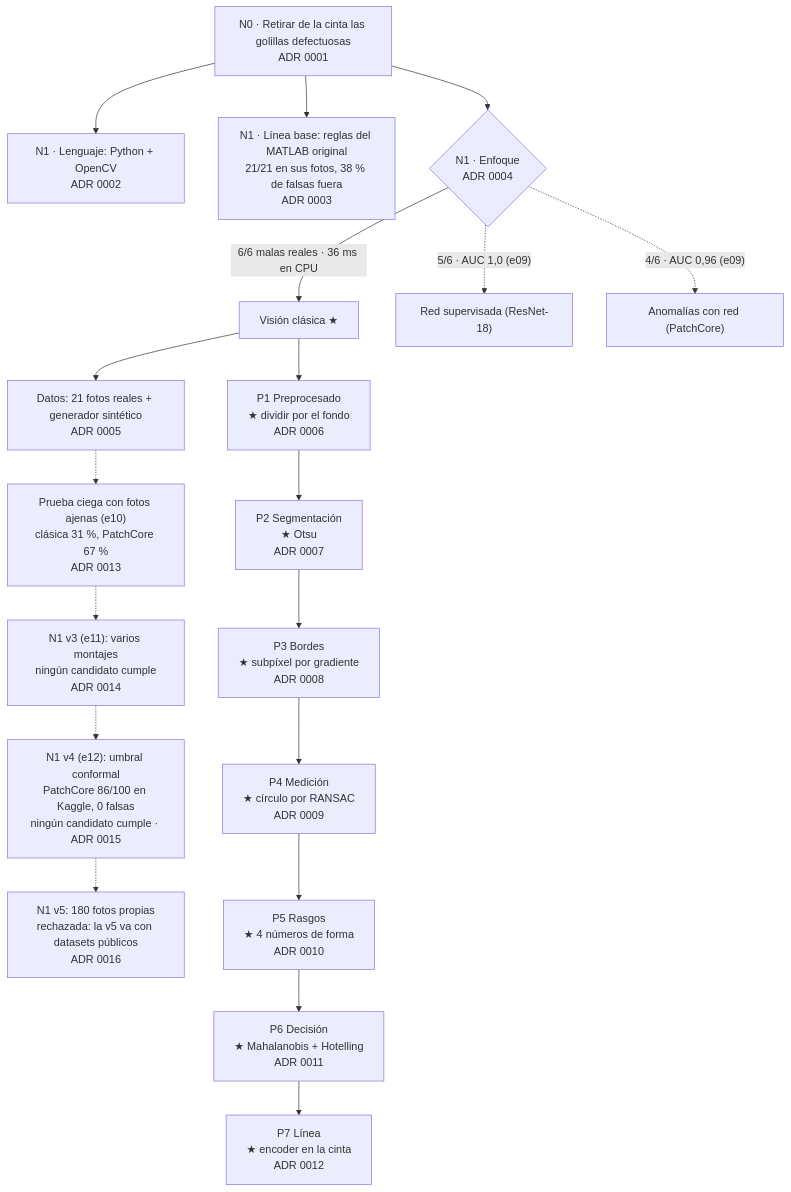
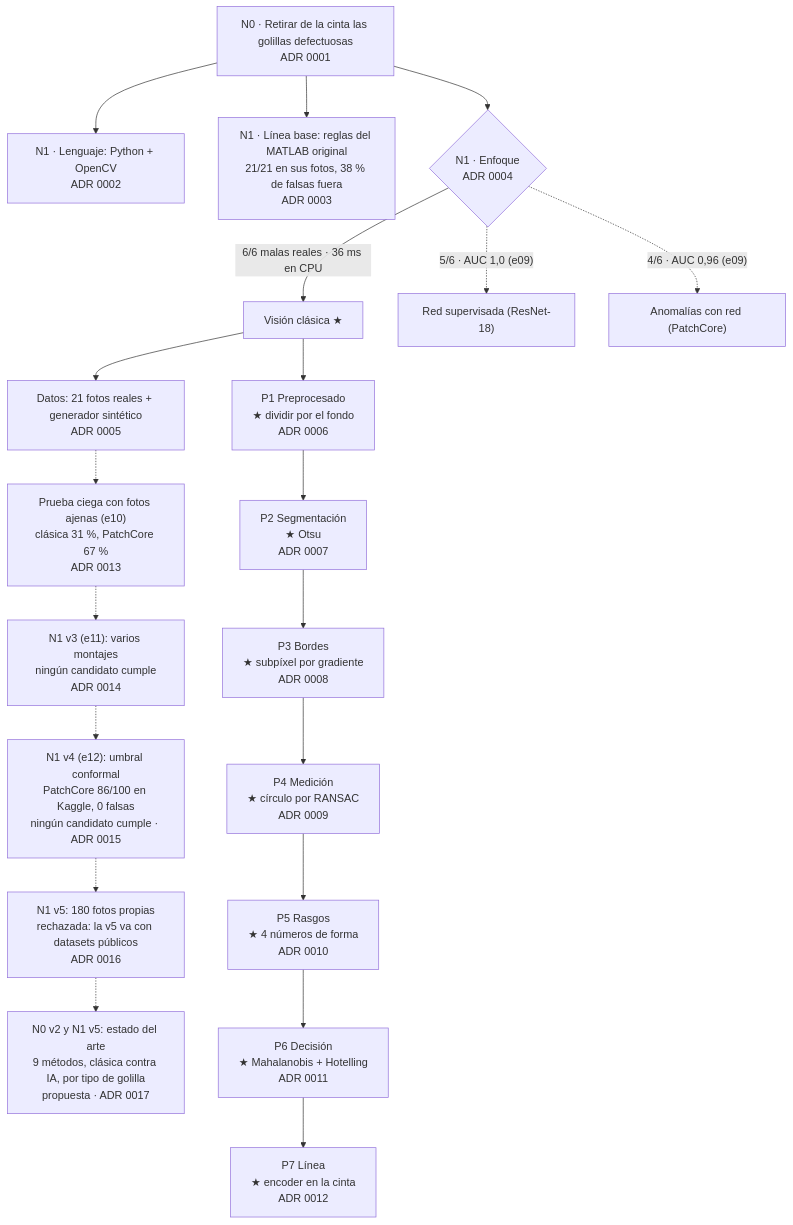
The diagram in docs/arbol.md (CarryMankeke/inspeccion-golillas), drawn with Mermaid before and after one commit. The commit also changed 6 other files, not shown here.

````diff
--- a/docs/arbol.md
+++ b/docs/arbol.md
@@ -12,22 +12,23 @@
 ```mermaid
 flowchart TD
     N0["N0 · Retirar de la cinta las golillas defectuosas<br/>ADR 0001"]
     N0 --> L["N1 · Lenguaje: Python + OpenCV<br/>ADR 0002"]
     N0 --> B["N1 · Línea base: reglas del MATLAB original<br/>21/21 en sus fotos, 38 % de falsas fuera<br/>ADR 0003"]
     N0 --> E{"N1 · Enfoque<br/>ADR 0004"}
     E -->|"6/6 malas reales · 36 ms en CPU"| C["Visión clásica ★"]
     E -.->|"5/6 · AUC 1,0 (e09)"| RS["Red supervisada (ResNet-18)"]
     E -.->|"4/6 · AUC 0,96 (e09)"| PC["Anomalías con red (PatchCore)"]
     C --> D["Datos: 21 fotos reales + generador sintético<br/>ADR 0005"]
     D -.-> DP["Prueba ciega con fotos ajenas (e10)<br/>clásica 31 %, PatchCore 67 %<br/>ADR 0013"]
     DP -.-> V3["N1 v3 (e11): varios montajes<br/>ningún candidato cumple<br/>ADR 0014"]
     V3 -.-> V4["N1 v4 (e12): umbral conformal<br/>PatchCore 86/100 en Kaggle, 0 falsas<br/>ningún candidato cumple · ADR 0015"]
     V4 -.-> V5["N1 v5: 180 fotos propias<br/>rechazada: la v5 va con datasets públicos<br/>ADR 0016"]
+    V5 -.-> SA["N0 v2 y N1 v5: estado del arte<br/>9 métodos, clásica contra IA, por tipo de golilla<br/>propuesta · ADR 0017"]
     C --> P1["P1 Preprocesado<br/>★ dividir por el fondo<br/>ADR 0006"]
     P1 --> P2["P2 Segmentación<br/>★ Otsu<br/>ADR 0007"]
     P2 --> P3["P3 Bordes<br/>★ subpíxel por gradiente<br/>ADR 0008"]
     P3 --> P4["P4 Medición<br/>★ círculo por RANSAC<br/>ADR 0009"]
     P4 --> P5["P5 Rasgos<br/>★ 4 números de forma<br/>ADR 0010"]
     P5 --> P6["P6 Decisión<br/>★ Mahalanobis + Hotelling<br/>ADR 0011"]
     P6 --> P7["P7 Línea<br/>★ encoder en la cinta<br/>ADR 0012"]
 ```
````
